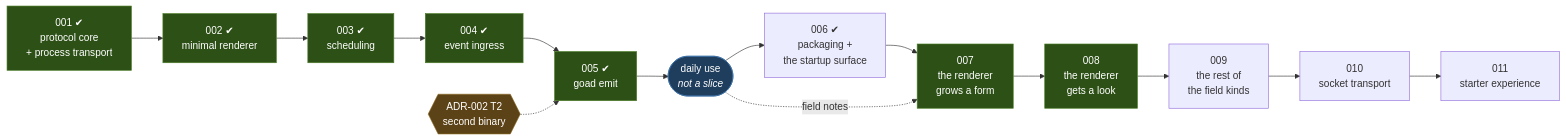
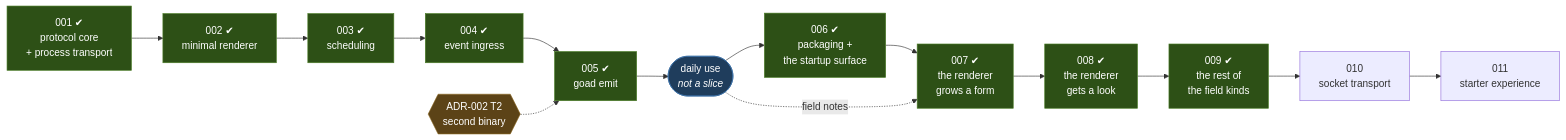
One commit to davidlee/goad changed the diagram in docs/roadmap.md. Above: the diagram before and after it, drawn with Mermaid. The commit also changed other lines of this file, not shown here.

First line of the commit message:
009: the roadmap records the closure — and both done-markers, not one

````diff
--- a/docs/roadmap.md
+++ b/docs/roadmap.md
@@ -100,28 +118,28 @@
 ```mermaid
 graph LR
   S1["001 ✔<br/>protocol core<br/>+ process transport"]
   S2["002 ✔<br/>minimal renderer"]
   S3["003 ✔<br/>scheduling"]
   S4["004 ✔<br/>event ingress"]
   S5["005 ✔<br/>goad emit"]
   USE(["daily use<br/><i>not a slice</i>"])
   S6["006 ✔<br/>packaging +<br/>the startup surface"]
-  S7["007<br/>the renderer<br/>grows a form"]
-  S8["008<br/>the renderer<br/>gets a look"]
-  S9["009<br/>the rest of<br/>the field kinds"]
+  S7["007 ✔<br/>the renderer<br/>grows a form"]
+  S8["008 ✔<br/>the renderer<br/>gets a look"]
+  S9["009 ✔<br/>the rest of<br/>the field kinds"]
   S10["010<br/>socket transport"]
   S11["011<br/>starter experience"]
 
   T2{{"ADR-002 T2<br/>second binary"}}
 
   S1 --> S2 --> S3 --> S4 --> S5 --> USE --> S6 --> S7 --> S8 --> S9 --> S10 --> S11
   T2 -.-> S5
   USE -.->|field notes| S7
 
   classDef done fill:#2d5016,stroke:#4a7c26,color:#fff
   classDef trigger fill:#5c4317,stroke:#8a6620,color:#fff
   classDef use fill:#1f3d5c,stroke:#3a6ea5,color:#fff
-  class S1,S2,S3,S4,S5,S7,S8 done
+  class S1,S2,S3,S4,S5,S6,S7,S8,S9 done
   class T2 trigger
   class USE use
 ```
````
